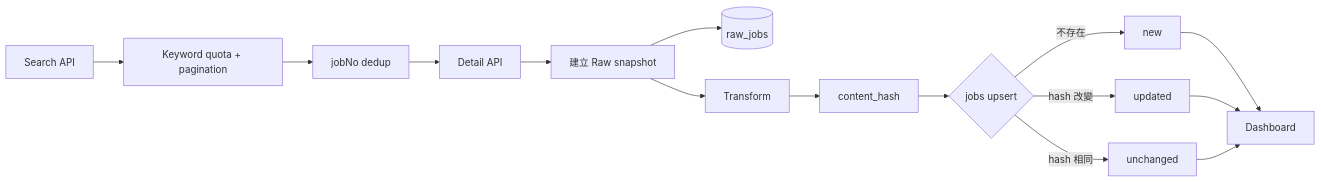
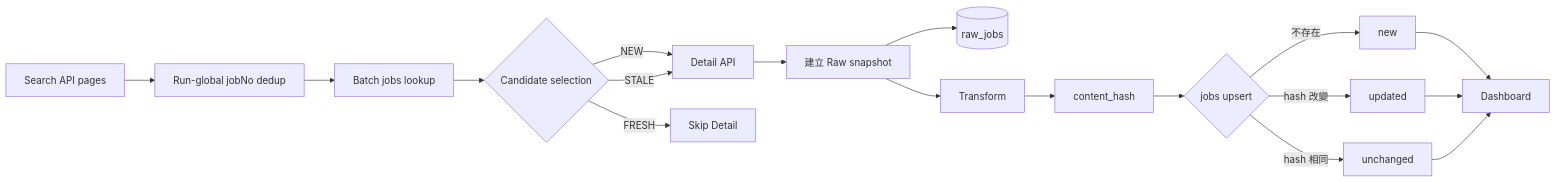
The second of 3 diagrams in README.md (dumpling871008/job-radar), drawn with Mermaid before and after one commit. The commit also changed other lines of this file, not shown here.

````diff
--- a/README.md
+++ b/README.md
@@ -54,17 +66,20 @@
 ```mermaid
 flowchart LR
-    Search[Search API] --> Select[Keyword quota + pagination]
-    Select --> Dedup[jobNo dedup]
-    Dedup --> Detail[Detail API]
+    Search[Search API pages] --> Dedup[Run-global jobNo dedup]
+    Dedup --> Lookup[Batch jobs lookup]
+    Lookup --> Candidate{Candidate selection}
+    Candidate -->|NEW| Detail[Detail API]
+    Candidate -->|STALE| Detail
+    Candidate -->|FRESH| Skip[Skip Detail]
     Detail --> Snapshot[建立 Raw snapshot]
     Snapshot --> Raw[(raw_jobs)]
     Snapshot --> Transform[Transform]
     Transform --> Hash[content_hash]
     Hash --> Upsert{jobs upsert}
     Upsert -->|不存在| New[new]
     Upsert -->|hash 改變| Updated[updated]
     Upsert -->|hash 相同| Unchanged[unchanged]
     New --> Dashboard[Dashboard]
     Updated --> Dashboard
     Unchanged --> Dashboard
 ```
````
